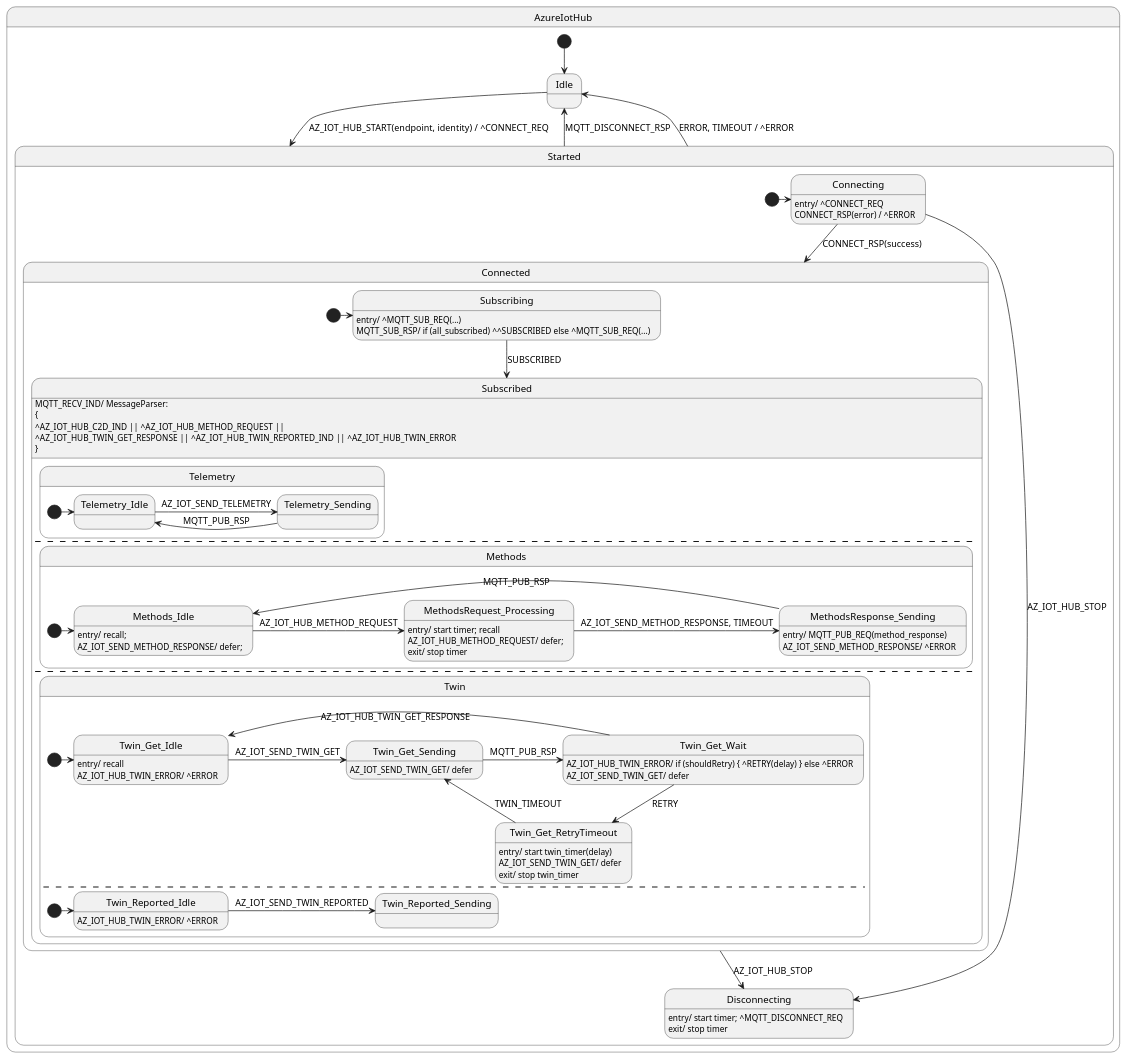
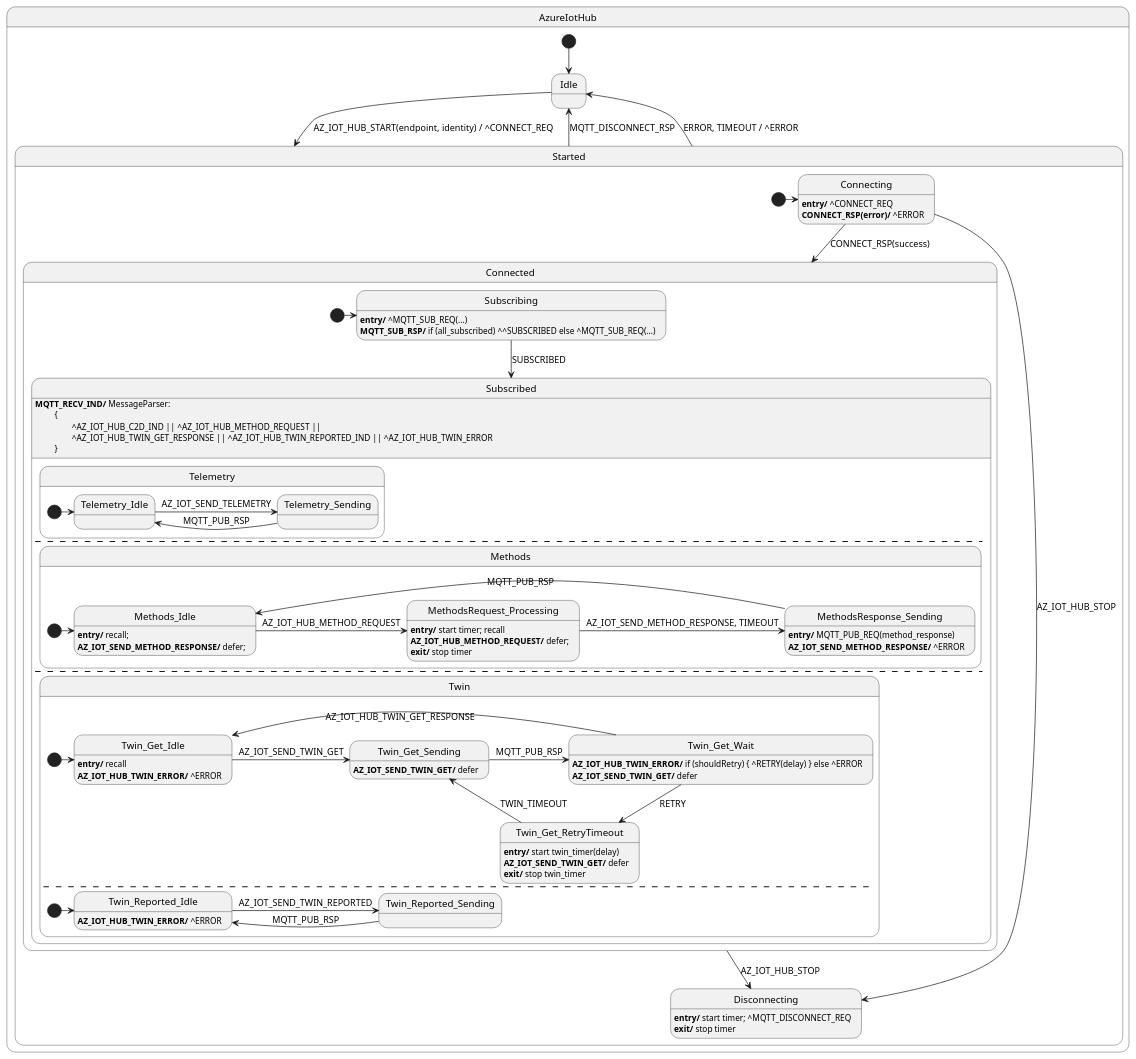
One commit to vaavva/azure-sdk-for-c-hfsm changed the diagram in sdk/docs/iot/resources/iot_hsm_hub.puml. Above: the diagram before and after it, drawn with PlantUML. The commit also changed 2 other files, not shown here.

Commit message:
Provisioning and Hub phase 1.

```diff
--- a/sdk/docs/iot/resources/iot_hsm_hub.puml
+++ b/sdk/docs/iot/resources/iot_hsm_hub.puml
@@ -1,107 +1,108 @@
 @startuml
 
 state AzureIotHub {
     state Idle
     state Started {
         state Connecting
-        Connecting : entry/ ^CONNECT_REQ
-        Connecting : CONNECT_RSP(error) / ^ERROR
+        Connecting : <b>entry/</b> ^CONNECT_REQ
+        Connecting : <b>CONNECT_RSP(error)/</b> ^ERROR
 
         state Connected {
             state Subscribing
-            Subscribing : entry/ ^MQTT_SUB_REQ(...)
-            Subscribing : MQTT_SUB_RSP/ if (all_subscribed) ^^SUBSCRIBED else ^MQTT_SUB_REQ(...)
+            Subscribing : <b>entry/</b> ^MQTT_SUB_REQ(...)
+            Subscribing : <b>MQTT_SUB_RSP/</b> if (all_subscribed) ^^SUBSCRIBED else ^MQTT_SUB_REQ(...)
             state Subscribed {
                 state Telemetry {
                     state Telemetry_Idle
                     state Telemetry_Sending
 
                     [*] -> Telemetry_Idle
                     Telemetry_Idle -> Telemetry_Sending : AZ_IOT_SEND_TELEMETRY
                     Telemetry_Sending -> Telemetry_Idle : MQTT_PUB_RSP
                 }
                 --
                 state Methods {
                     state Methods_Idle
-                    Methods_Idle : entry/ recall;
-                    Methods_Idle : AZ_IOT_SEND_METHOD_RESPONSE/ defer;
+                    Methods_Idle : <b>entry/</b> recall;
+                    Methods_Idle : <b>AZ_IOT_SEND_METHOD_RESPONSE/</b> defer;
 
                     state MethodsRequest_Processing
-                    MethodsRequest_Processing : entry/ start timer; recall
-                    MethodsRequest_Processing : AZ_IOT_HUB_METHOD_REQUEST/ defer;
-                    MethodsRequest_Processing : exit/ stop timer
+                    MethodsRequest_Processing : <b>entry/</b> start timer; recall
+                    MethodsRequest_Processing : <b>AZ_IOT_HUB_METHOD_REQUEST/</b> defer;
+                    MethodsRequest_Processing : <b>exit/</b> stop timer
 
                     state MethodsResponse_Sending
-                    MethodsResponse_Sending : entry/ MQTT_PUB_REQ(method_response)
-                    MethodsResponse_Sending : AZ_IOT_SEND_METHOD_RESPONSE/ ^ERROR
+                    MethodsResponse_Sending : <b>entry/</b> MQTT_PUB_REQ(method_response)
+                    MethodsResponse_Sending : <b>AZ_IOT_SEND_METHOD_RESPONSE/</b> ^ERROR
 
                     [*] -> Methods_Idle
                     Methods_Idle -> MethodsRequest_Processing : AZ_IOT_HUB_METHOD_REQUEST
                     MethodsRequest_Processing -> MethodsResponse_Sending : AZ_IOT_SEND_METHOD_RESPONSE, TIMEOUT
                     MethodsResponse_Sending -> Methods_Idle : MQTT_PUB_RSP
                 }
                 --
                 state Twin {
                     state Twin_Get_Idle
-                    Twin_Get_Idle : entry/ recall
-                    Twin_Get_Idle : AZ_IOT_HUB_TWIN_ERROR/ ^ERROR
+                    Twin_Get_Idle : <b>entry/</b> recall
+                    Twin_Get_Idle : <b>AZ_IOT_HUB_TWIN_ERROR/</b> ^ERROR
 
                     state Twin_Get_Sending
-                    Twin_Get_Sending : AZ_IOT_SEND_TWIN_GET/ defer
+                    Twin_Get_Sending : <b>AZ_IOT_SEND_TWIN_GET/</b> defer
 
                     state Twin_Get_Wait
-                    Twin_Get_Wait : AZ_IOT_HUB_TWIN_ERROR/ if (shouldRetry) { ^RETRY(delay) } else ^ERROR
-                    Twin_Get_Wait : AZ_IOT_SEND_TWIN_GET/ defer
+                    Twin_Get_Wait : <b>AZ_IOT_HUB_TWIN_ERROR/</b> if (shouldRetry) { ^RETRY(delay) } else ^ERROR
+                    Twin_Get_Wait : <b>AZ_IOT_SEND_TWIN_GET/</b> defer
 
                     state Twin_Get_RetryTimeout
-                    Twin_Get_RetryTimeout : entry/ start twin_timer(delay)
-                    Twin_Get_RetryTimeout : AZ_IOT_SEND_TWIN_GET/ defer
-                    Twin_Get_RetryTimeout : exit/ stop twin_timer
+                    Twin_Get_RetryTimeout : <b>entry/</b> start twin_timer(delay)
+                    Twin_Get_RetryTimeout : <b>AZ_IOT_SEND_TWIN_GET/</b> defer
+                    Twin_Get_RetryTimeout : <b>exit/</b> stop twin_timer
 
                     [*] -> Twin_Get_Idle
                     Twin_Get_Idle -> Twin_Get_Sending : AZ_IOT_SEND_TWIN_GET
                     Twin_Get_Sending -> Twin_Get_Wait : MQTT_PUB_RSP
                     Twin_Get_Wait -> Twin_Get_Idle : AZ_IOT_HUB_TWIN_GET_RESPONSE
                     Twin_Get_Wait --> Twin_Get_RetryTimeout : RETRY
                     Twin_Get_RetryTimeout -> Twin_Get_Sending : TWIN_TIMEOUT
 
                     ---
 
                     state Twin_Reported_Idle
-                    Twin_Reported_Idle : AZ_IOT_HUB_TWIN_ERROR/ ^ERROR
+                    Twin_Reported_Idle : <b>AZ_IOT_HUB_TWIN_ERROR/</b> ^ERROR
 
                     state Twin_Reported_Sending
 
                     [*] -> Twin_Reported_Idle
                     Twin_Reported_Idle -> Twin_Reported_Sending : AZ_IOT_SEND_TWIN_REPORTED
+                    Twin_Reported_Sending -> Twin_Reported_Idle : MQTT_PUB_RSP
                 }
             }
 
             ' TODO: Some of the events should be internal to allow defer/recall queues to work:
-            Subscribed : MQTT_RECV_IND/ MessageParser: 
-            Subscribed : {
-            Subscribed: ^AZ_IOT_HUB_C2D_IND || ^AZ_IOT_HUB_METHOD_REQUEST || 
-            Subscribed: ^AZ_IOT_HUB_TWIN_GET_RESPONSE || ^AZ_IOT_HUB_TWIN_REPORTED_IND || ^AZ_IOT_HUB_TWIN_ERROR
-            Subscribed : }
+            Subscribed : <b>MQTT_RECV_IND/</b> MessageParser: 
+            Subscribed : \t {
+            Subscribed : \t\t ^AZ_IOT_HUB_C2D_IND || ^AZ_IOT_HUB_METHOD_REQUEST || 
+            Subscribed : \t\t ^AZ_IOT_HUB_TWIN_GET_RESPONSE || ^AZ_IOT_HUB_TWIN_REPORTED_IND || ^AZ_IOT_HUB_TWIN_ERROR
+            Subscribed : \t }
 
             [*] -> Subscribing
             Subscribing --> Subscribed : SUBSCRIBED
         }
 
         state Disconnecting
-        Disconnecting : entry/ start timer; ^MQTT_DISCONNECT_REQ
-        Disconnecting : exit/ stop timer
+        Disconnecting : <b>entry/</b> start timer; ^MQTT_DISCONNECT_REQ
+        Disconnecting : <b>exit/</b> stop timer
 
         [*] -> Connecting
         Connecting --> Connected : CONNECT_RSP(success)
         Connecting --> Disconnecting : AZ_IOT_HUB_STOP
         Connected --> Disconnecting : AZ_IOT_HUB_STOP
     }
 
     [*] --> Idle
     Idle -> Started : AZ_IOT_HUB_START(endpoint, identity) / ^CONNECT_REQ
     Started --> Idle : MQTT_DISCONNECT_RSP
     Started --> Idle : ERROR, TIMEOUT / ^ERROR
 }
 
 @enduml
```
